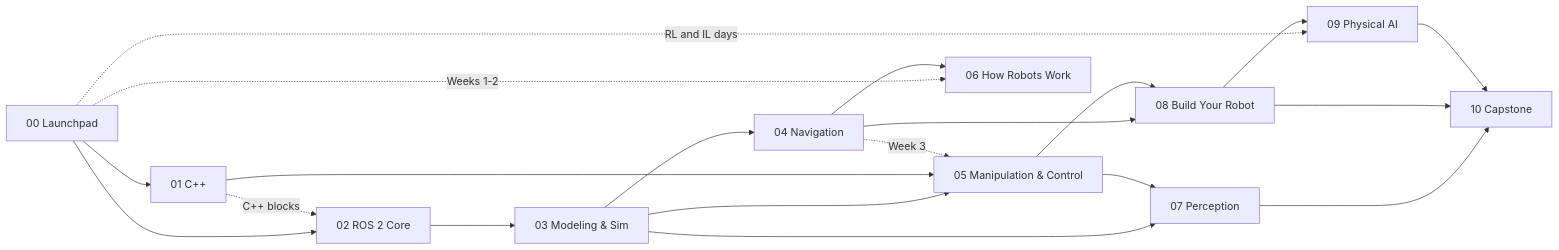
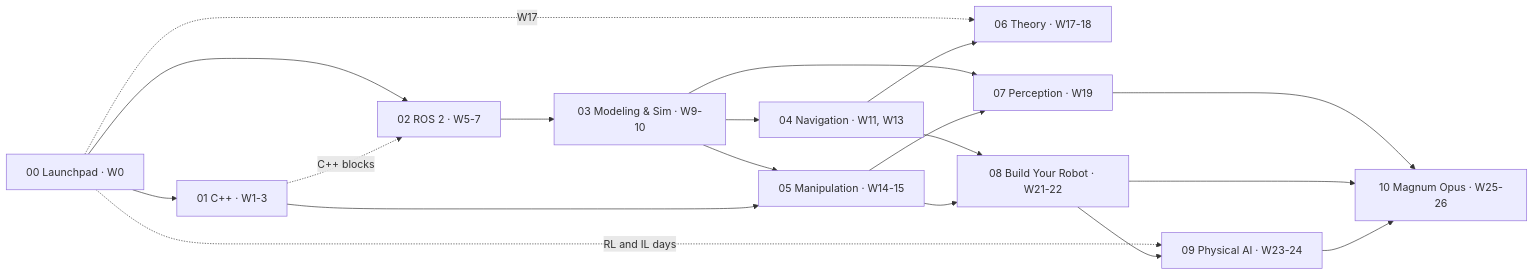
The diagram in README.md (sanu0/Robotics), drawn with Mermaid before and after one commit. The commit also changed other lines of this file and 19 other files, not shown here.

Commit message:
fixed roadmap

````diff
--- a/README.md
+++ b/README.md
@@ -255,22 +301,21 @@
 ```mermaid
 flowchart LR
-  P00["00 Launchpad"] --> P01["01 C++"]
-  P00 --> P02["02 ROS 2 Core"]
+  P00["00 Launchpad · W0"] --> P01["01 C++ · W1-3"]
+  P00 --> P02["02 ROS 2 · W5-7"]
   P01 -. "C++ blocks" .-> P02
-  P02 --> P03["03 Modeling & Sim"]
-  P03 --> P04["04 Navigation"]
-  P03 --> P05["05 Manipulation & Control"]
+  P02 --> P03["03 Modeling & Sim · W9-10"]
+  P03 --> P04["04 Navigation · W11, W13"]
+  P03 --> P05["05 Manipulation · W14-15"]
   P01 --> P05
-  P04 -. "Week 3" .-> P05
-  P00 -. "Weeks 1-2" .-> P06["06 How Robots Work"]
+  P00 -. "W17" .-> P06["06 Theory · W17-18"]
   P04 --> P06
-  P03 --> P07["07 Perception"]
+  P03 --> P07["07 Perception · W19"]
   P05 --> P07
-  P04 --> P08["08 Build Your Robot"]
+  P04 --> P08["08 Build Your Robot · W21-22"]
   P05 --> P08
-  P00 -. "RL and IL days" .-> P09["09 Physical AI"]
+  P00 -. "RL and IL days" .-> P09["09 Physical AI · W23-24"]
   P08 --> P09
-  P07 --> P10["10 Capstone"]
+  P07 --> P10["10 Magnum Opus · W25-26"]
   P08 --> P10
   P09 --> P10
 ```
````
